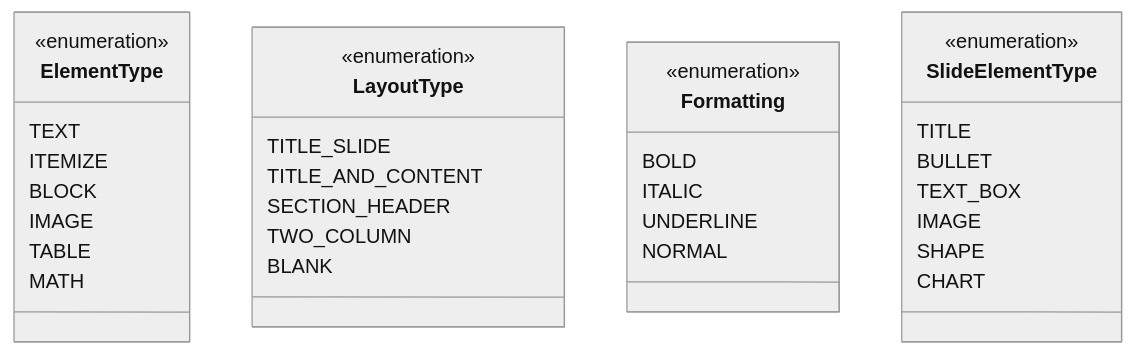
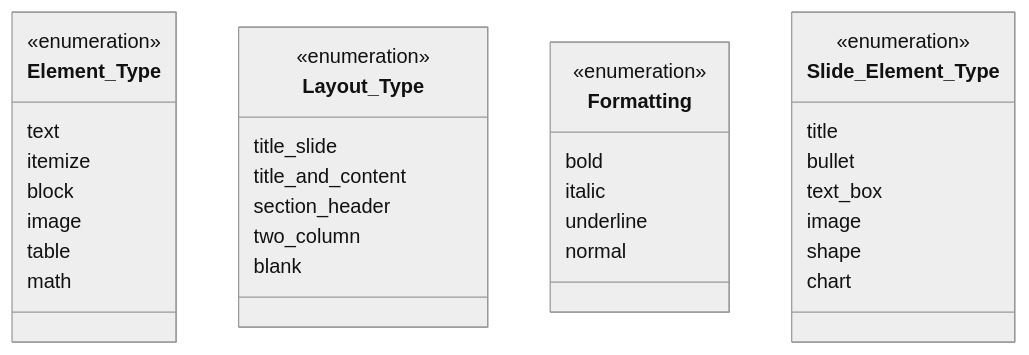
The seventh of 7 diagrams in docs/class-diagrams.md (marvins/slide-forge), drawn with Mermaid (neutral theme) before and after one commit. The commit also changed other lines of this file and 9 other files, not shown here.

````diff
--- a/docs/class-diagrams.md
+++ b/docs/class-diagrams.md
@@ -223,39 +223,39 @@
 ```mermaid
 classDiagram
-    class ElementType {
+    class Element_Type {
         <<enumeration>>
-        TEXT
-        ITEMIZE
-        BLOCK
-        IMAGE
-        TABLE
-        MATH
+        text
+        itemize
+        block
+        image
+        table
+        math
     }
 
-    class LayoutType {
+    class Layout_Type {
         <<enumeration>>
-        TITLE_SLIDE
-        TITLE_AND_CONTENT
-        SECTION_HEADER
-        TWO_COLUMN
-        BLANK
+        title_slide
+        title_and_content
+        section_header
+        two_column
+        blank
     }
 
     class Formatting {
         <<enumeration>>
-        BOLD
-        ITALIC
-        UNDERLINE
-        NORMAL
+        bold
+        italic
+        underline
+        normal
     }
 
-    class SlideElementType {
+    class Slide_Element_Type {
         <<enumeration>>
-        TITLE
-        BULLET
-        TEXT_BOX
-        IMAGE
-        SHAPE
-        CHART
+        title
+        bullet
+        text_box
+        image
+        shape
+        chart
     }
 ```
````
